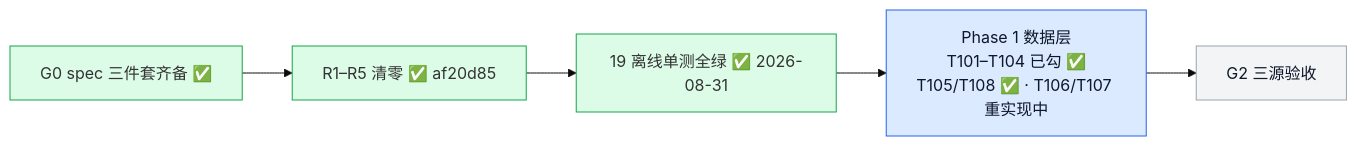
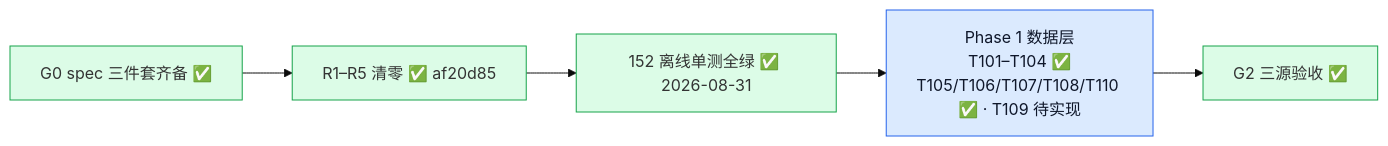
Before and after one commit to YZml1507/FinAI2.0: the second of 4 diagrams in docs/project_status_flowchart.md, drawn with Mermaid (base theme). The commit also changed other lines of this file and 1 other file, not shown here.

First line of the commit message:
docs: 流程图状态标记 — T106/T107/T110 ✅ / T109 待实现 / HEADs e3f849e+101f5cd

````diff
--- a/docs/project_status_flowchart.md
+++ b/docs/project_status_flowchart.md
@@ -29,11 +29,11 @@
 ```mermaid
 flowchart LR
-  G0[G0 spec 三件套齐备 ✅] --> R15[R1–R5 清零 ✅ af20d85] --> UT[19 离线单测全绿 ✅ 2026-08-31]
-  UT --> P1[Phase 1 数据层<br/>T101–T104 已勾 ✅<br/>T105/T108 ✅ · T106/T107 重实现中]
-  P1 --> G2[G2 三源验收]
+  G0[G0 spec 三件套齐备 ✅] --> R15[R1–R5 清零 ✅ af20d85] --> UT[152 离线单测全绿 ✅ 2026-08-31]
+  UT --> P1[Phase 1 数据层<br/>T101–T104 ✅<br/>T105/T106/T107/T108/T110 ✅ · T109 待实现]
+  P1 --> G2[G2 三源验收 ✅]
   style G0 fill:#dcfce7,stroke:#16a34a
   style R15 fill:#dcfce7,stroke:#16a34a
   style UT fill:#dcfce7,stroke:#16a34a
   style P1 fill:#dbeafe,stroke:#2563eb,color:#0f172a
-  style G2 fill:#f3f4f6,stroke:#9ca3af,color:#0f172a
+  style G2 fill:#dcfce7,stroke:#16a34a
 ```
````
